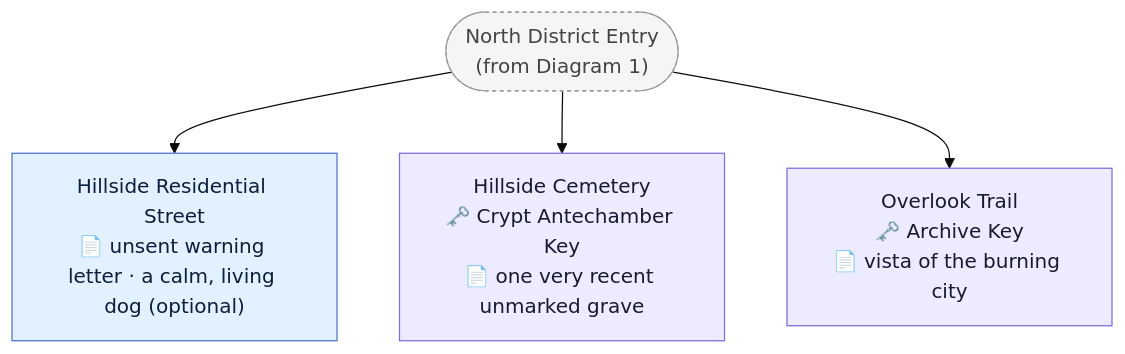
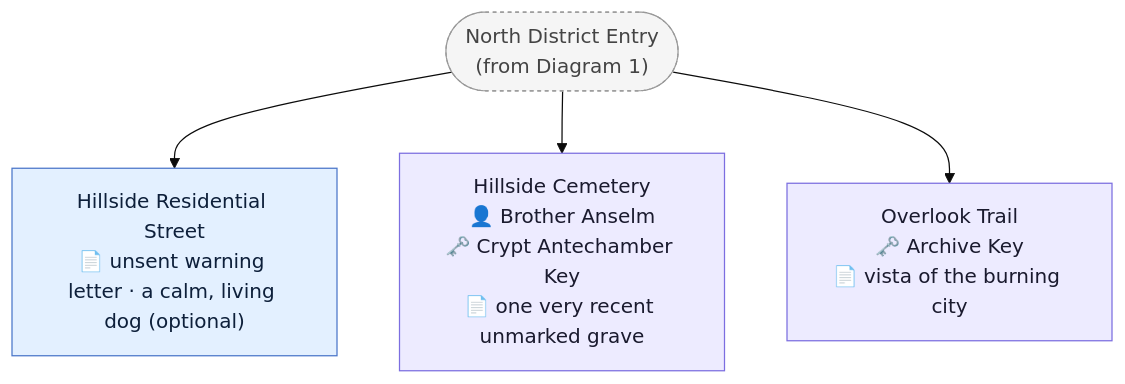
Before and after one commit to GIToez/Deadlock-Design: the fifth of 5 diagrams in DESIGN/Locations/Monastery.md, drawn with Mermaid (base theme). The commit also changed other lines of this file and 15 other files, not shown here.

````diff
--- a/DESIGN/Locations/Monastery.md
+++ b/DESIGN/Locations/Monastery.md
@@ -543,18 +548,18 @@
 ```mermaid
 flowchart TD
     ENTRYREF(["North District Entry<br/>(from Diagram 1)"])
     STREET["Hillside Residential Street<br/>📄 unsent warning letter · a calm, living dog (optional)"]
-    CEMETERY["Hillside Cemetery<br/>🗝️ Crypt Antechamber Key<br/>📄 one very recent unmarked grave"]
+    CEMETERY["Hillside Cemetery<br/>👤 Brother Anselm<br/>🗝️ Crypt Antechamber Key<br/>📄 one very recent unmarked grave"]
     TRAIL["Overlook Trail<br/>🗝️ Archive Key<br/>📄 vista of the burning city"]
 
     ENTRYREF --> STREET
     ENTRYREF --> CEMETERY
     ENTRYREF --> TRAIL
 
     classDef room fill:#EDEBFF,stroke:#7C6EE0,color:#1a1a2e
     classDef exterior fill:#E3F0FF,stroke:#4A76C9,color:#0d1f3a
     classDef ref fill:#F5F5F5,stroke:#999999,color:#444444,stroke-dasharray:3 3
     class ENTRYREF ref
     class CEMETERY,TRAIL room
     class STREET exterior
 ```
````
